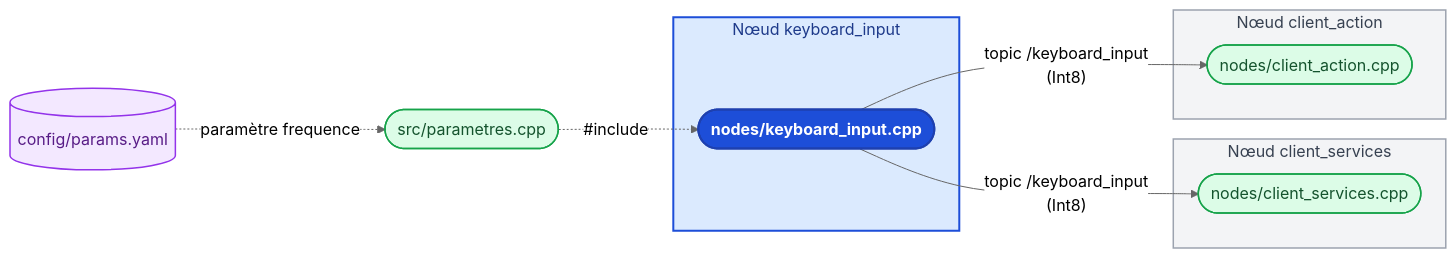
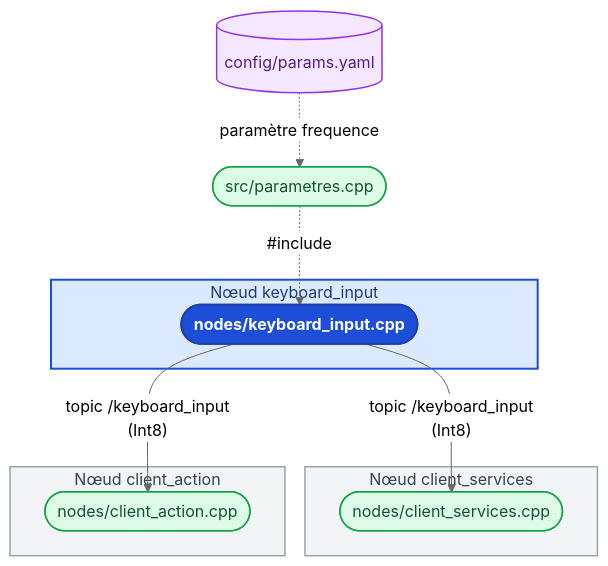
Before and after one commit to benoitdekeyn/E4SE_TD_TP: the fourth of 7 diagrams in robotique_et_navigation/Rapport/Rapport.md, drawn with Mermaid (neutral theme). The commit also changed other lines of this file and 2 other files, not shown here.

Commit message:
Architecture globale complète

````diff
--- a/robotique_et_navigation/Rapport/Rapport.md
+++ b/robotique_et_navigation/Rapport/Rapport.md
@@ -251,33 +251,33 @@
 ```mermaid
-flowchart LR
+flowchart TB
     C_PARAMS[("`config/params.yaml`")]
     M_PARAMS(["`src/parametres.cpp`"])
 
     subgraph SG_KEY["Nœud keyboard_input"]
         NODE(["`**nodes/keyboard_input.cpp**`"])
     end
 
     subgraph SG_CSRV["Nœud client_services"]
         N_CSRV(["`nodes/client_services.cpp`"])
     end
 
     subgraph SG_CACT["Nœud client_action"]
         N_CACT(["`nodes/client_action.cpp`"])
     end
 
     C_PARAMS -.->|"paramètre frequence"| M_PARAMS
     M_PARAMS -.->|"#include"| NODE
 
     NODE -->|"topic /keyboard_input<br/>(Int8)"| N_CSRV
     NODE -->|"topic /keyboard_input<br/>(Int8)"| N_CACT
 
     classDef cpp fill:#dcfce7,stroke:#16a34a,stroke-width:1.5px,color:#14532d
     classDef autre fill:#f3e8ff,stroke:#9333ea,stroke-width:1.5px,color:#581c87
 
     class M_PARAMS,N_CSRV,N_CACT cpp
     class C_PARAMS autre
     style SG_KEY fill:#dbeafe,stroke:#1d4ed8,stroke-width:2px,color:#1e3a8a
     style NODE fill:#1d4ed8,stroke:#1e40af,stroke-width:2px,color:#ffffff
     style SG_CSRV fill:#f3f4f6,stroke:#9ca3af,stroke-width:1.5px,color:#374151
     style SG_CACT fill:#f3f4f6,stroke:#9ca3af,stroke-width:1.5px,color:#374151
 ```
````
